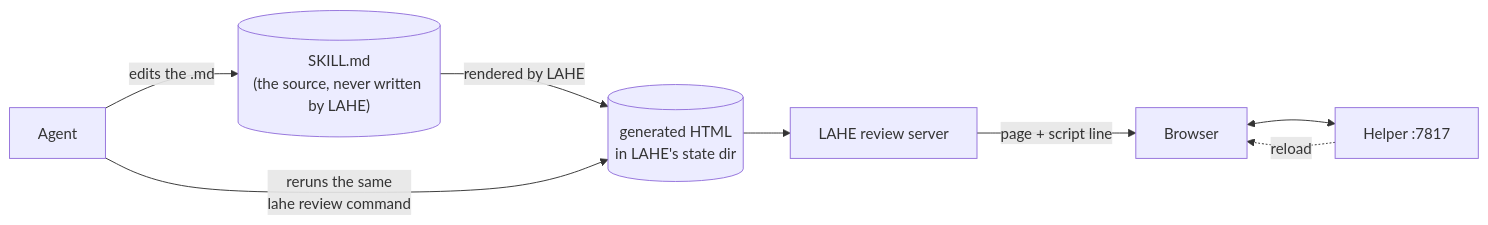
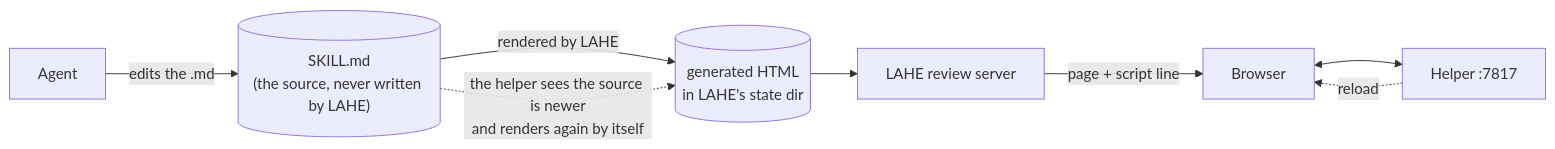
One commit to kenxle/live-agentic-html-editor changed the third of 6 diagrams in docs/ongoing/SERVING_ARCHITECTURES.md. Above: the diagram before and after it, drawn with Mermaid. The commit also changed other lines of this file and 2 other files, not shown here.

````diff
--- a/docs/ongoing/SERVING_ARCHITECTURES.md
+++ b/docs/ongoing/SERVING_ARCHITECTURES.md
@@ -131,10 +131,10 @@
 ```mermaid
 flowchart LR
     MD[("SKILL.md<br/>(the source, never written by LAHE)")] -->|rendered by LAHE| G[("generated HTML<br/>in LAHE's state dir")]
     G --> RS["LAHE review server"]
     RS -->|page + script line| B["Browser"]
     B <--> H["Helper :7817"]
     A["Agent"] -->|edits the .md| MD
-    A -->|"reruns the same<br/>lahe review command"| G
+    MD -.->|"the helper sees the source is newer<br/>and renders again by itself"| G
     H -.->|reload| B
 ```
````
